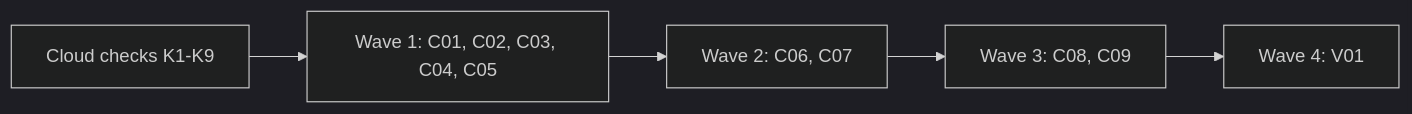
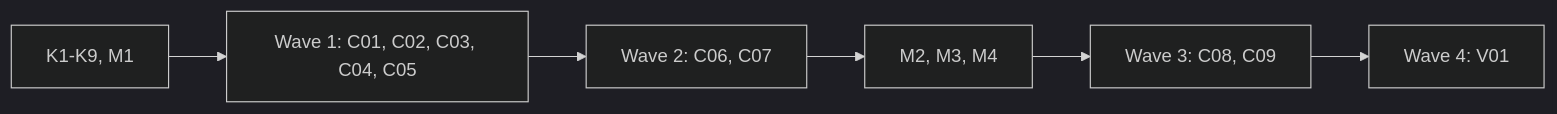
One commit to alfhen/agent-pr-pipeline changed the third of 3 diagrams in docs/plan-0.8.0.md. Above: the diagram before and after it, drawn with Mermaid (dark theme). The commit also changed other lines of this file, not shown here.

````diff
--- a/docs/plan-0.8.0.md
+++ b/docs/plan-0.8.0.md
@@ -258,4 +264,4 @@
 ```mermaid
 flowchart LR
-  K[Cloud checks K1-K9] --> W1[Wave 1: C01, C02, C03, C04, C05] --> W2[Wave 2: C06, C07] --> W3[Wave 3: C08, C09] --> W4[Wave 4: V01]
+  K[K1-K9, M1] --> W1[Wave 1: C01, C02, C03, C04, C05] --> W2[Wave 2: C06, C07] --> M[M2, M3, M4] --> W3[Wave 3: C08, C09] --> W4[Wave 4: V01]
 ```
````
